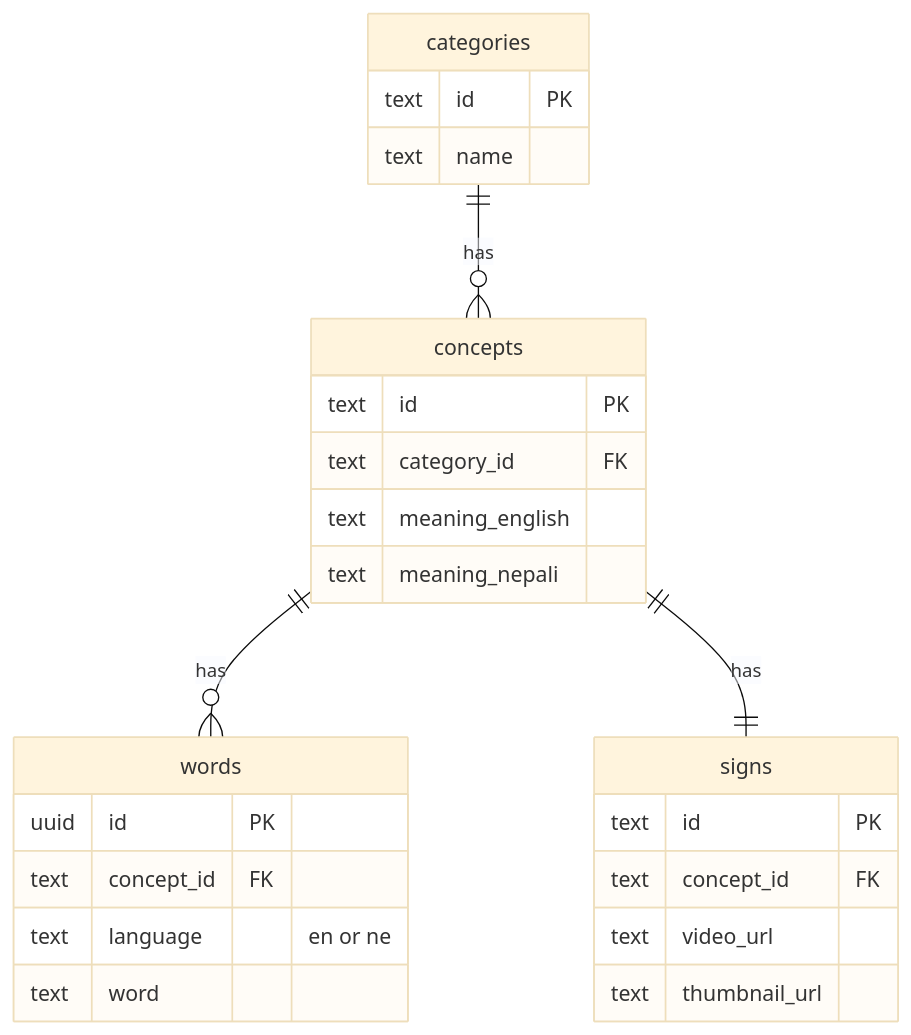
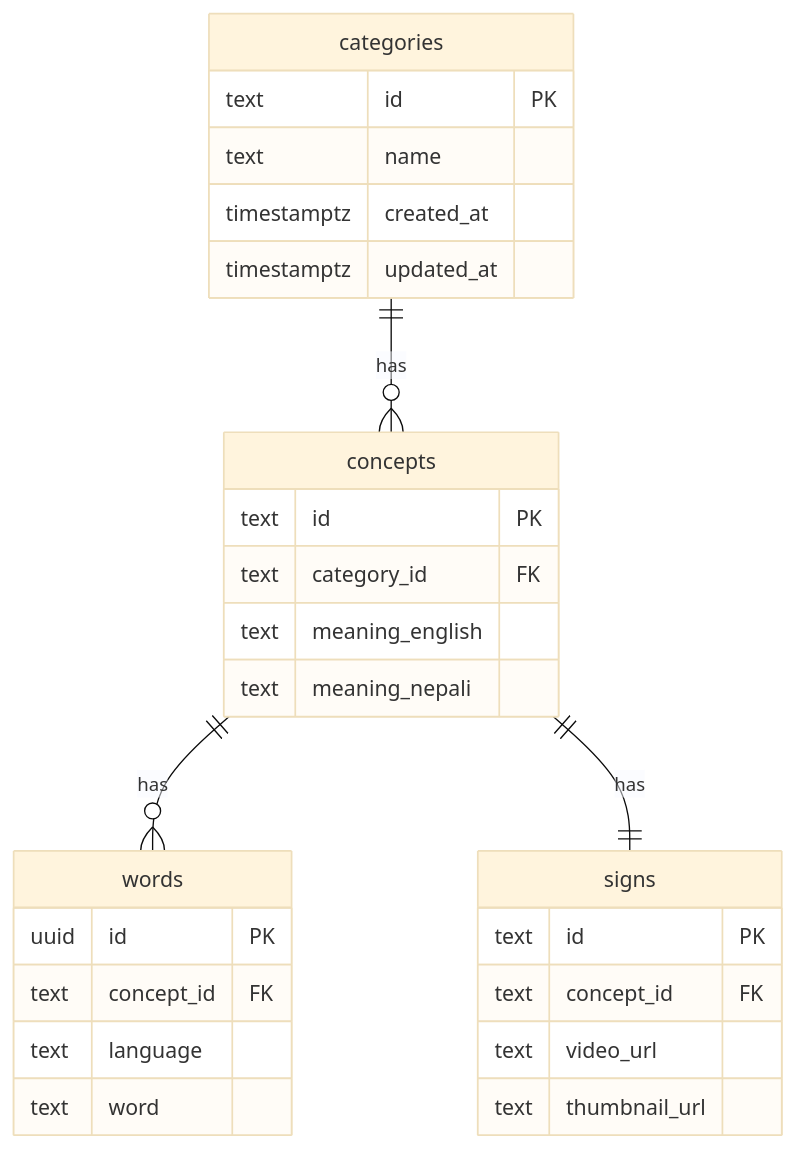
Before and after one commit to B-kash/ishara: the diagram in docs/data-model.md, drawn with Mermaid (base theme). The commit also changed other lines of this file and 37 other files, not shown here.

````diff
--- a/docs/data-model.md
+++ b/docs/data-model.md
@@ -9,29 +16,31 @@
 ```mermaid
 erDiagram
   categories ||--o{ concepts : has
   concepts ||--o{ words : has
   concepts ||--|| signs : has
 
   categories {
     text id PK
     text name
+    timestamptz created_at
+    timestamptz updated_at
   }
   concepts {
     text id PK
     text category_id FK
     text meaning_english
     text meaning_nepali
   }
   words {
     uuid id PK
     text concept_id FK
-    text language "en or ne"
+    text language
     text word
   }
   signs {
     text id PK
     text concept_id FK
     text video_url
     text thumbnail_url
   }
 ```
````
